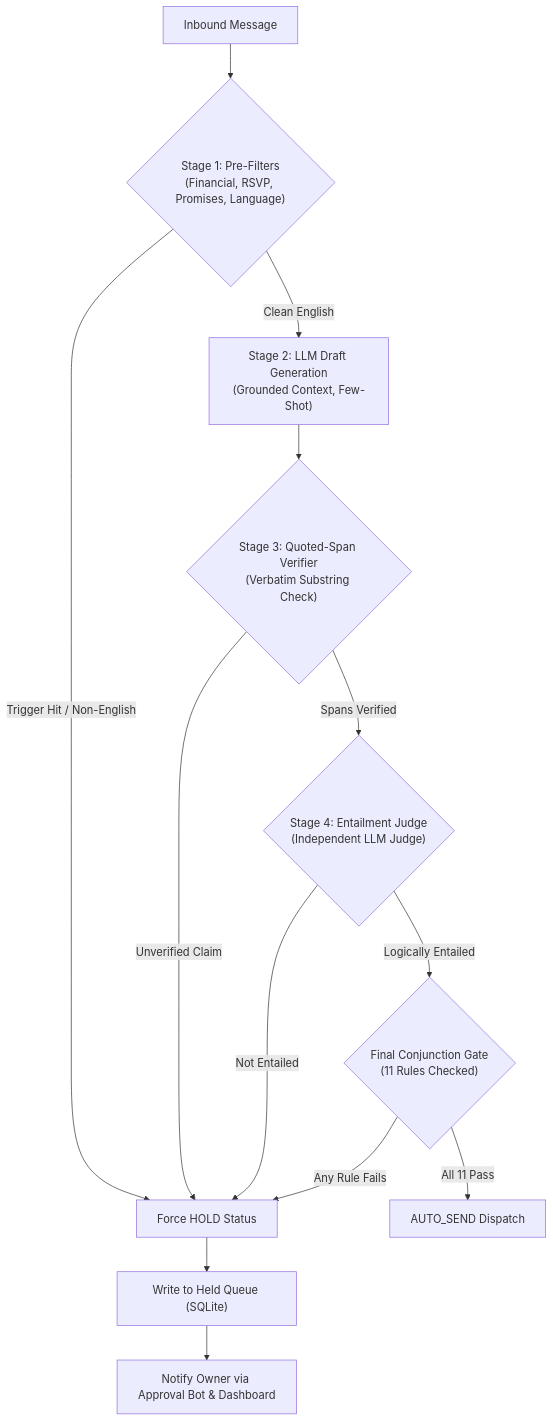
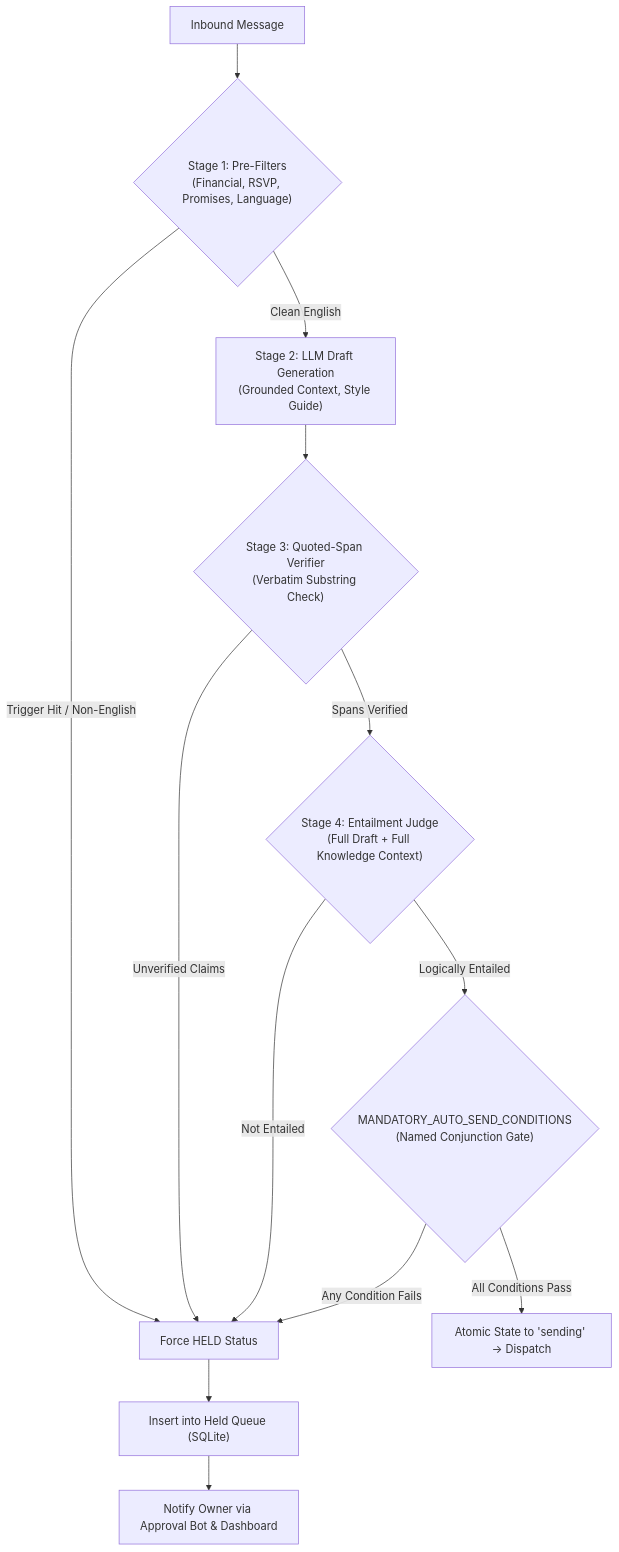
One commit to Natnael-Dev/ghostreply changed the second of 2 diagrams in docs/ARCHITECTURE.md. Above: the diagram before and after it, drawn with Mermaid. The commit also changed other lines of this file, not shown here.

Commit message:
update architecture with compact callback tokens, ram session, and local unlock rules

````diff
--- a/docs/ARCHITECTURE.md
+++ b/docs/ARCHITECTURE.md
@@ -76,20 +87,20 @@
 ```mermaid
 flowchart TD
     Inbound["Inbound Message"] --> PreFilter{"Stage 1: Pre-Filters\n(Financial, RSVP, Promises, Language)"}
     
-    PreFilter -->|Trigger Hit / Non-English| ForceHold["Force HOLD Status"]
-    PreFilter -->|Clean English| DraftGen["Stage 2: LLM Draft Generation\n(Grounded Context, Few-Shot)"]
+    PreFilter -->|Trigger Hit / Non-English| ForceHold["Force HELD Status"]
+    PreFilter -->|Clean English| DraftGen["Stage 2: LLM Draft Generation\n(Grounded Context, Style Guide)"]
     
     DraftGen --> SpanCheck{"Stage 3: Quoted-Span Verifier\n(Verbatim Substring Check)"}
-    SpanCheck -->|Unverified Claim| ForceHold
-    SpanCheck -->|Spans Verified| EntailCheck{"Stage 4: Entailment Judge\n(Independent LLM Judge)"}
+    SpanCheck -->|Unverified Claims| ForceHold
+    SpanCheck -->|Spans Verified| EntailCheck{"Stage 4: Entailment Judge\n(Full Draft + Full Knowledge Context)"}
     
     EntailCheck -->|Not Entailed| ForceHold
-    EntailCheck -->|Logically Entailed| Conjunction{"Final Conjunction Gate\n(11 Rules Checked)"}
+    EntailCheck -->|Logically Entailed| Conjunction{"MANDATORY_AUTO_SEND_CONDITIONS\n(Named Conjunction Gate)"}
     
-    Conjunction -->|All 11 Pass| AutoSend["AUTO_SEND Dispatch"]
-    Conjunction -->|Any Rule Fails| ForceHold
+    Conjunction -->|All Conditions Pass| AutoSend["Atomic State to 'sending' -> Dispatch"]
+    Conjunction -->|Any Condition Fails| ForceHold
     
-    ForceHold --> HeldQueue["Write to Held Queue (SQLite)"]
+    ForceHold --> HeldQueue["Insert into Held Queue (SQLite)"]
     HeldQueue --> Notify["Notify Owner via Approval Bot & Dashboard"]
 ```
````
